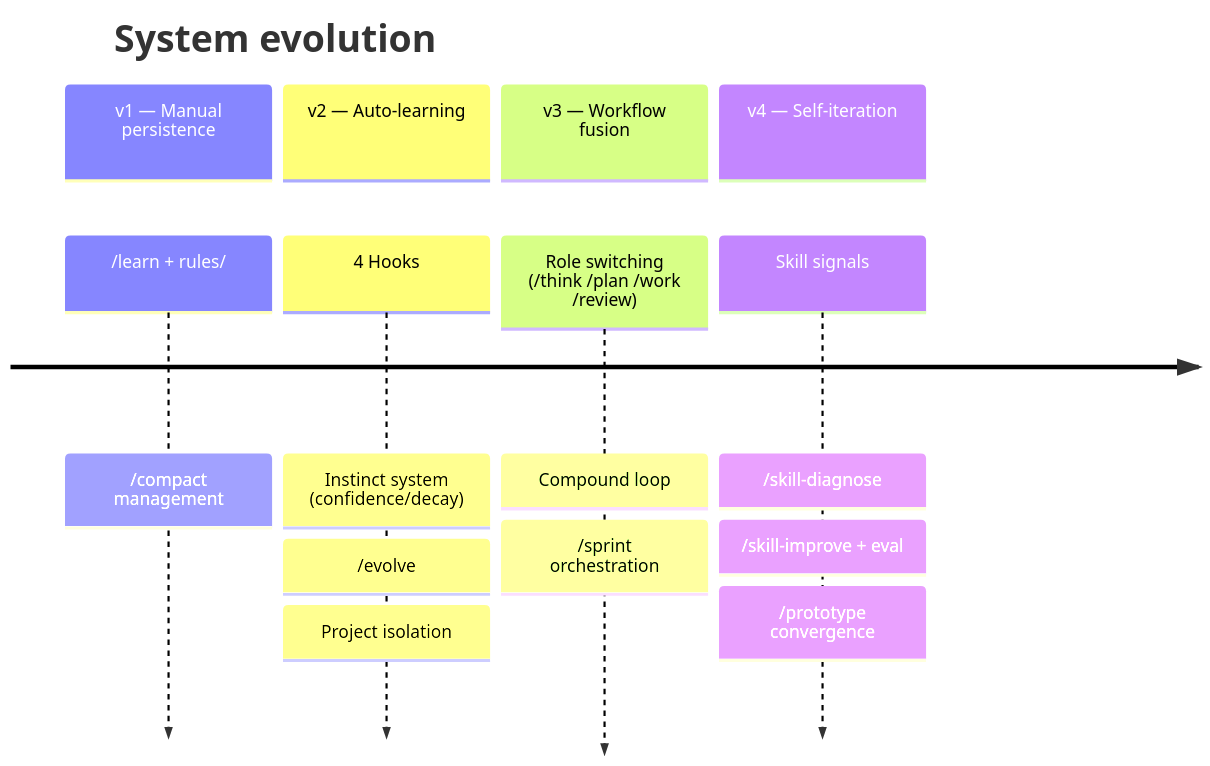
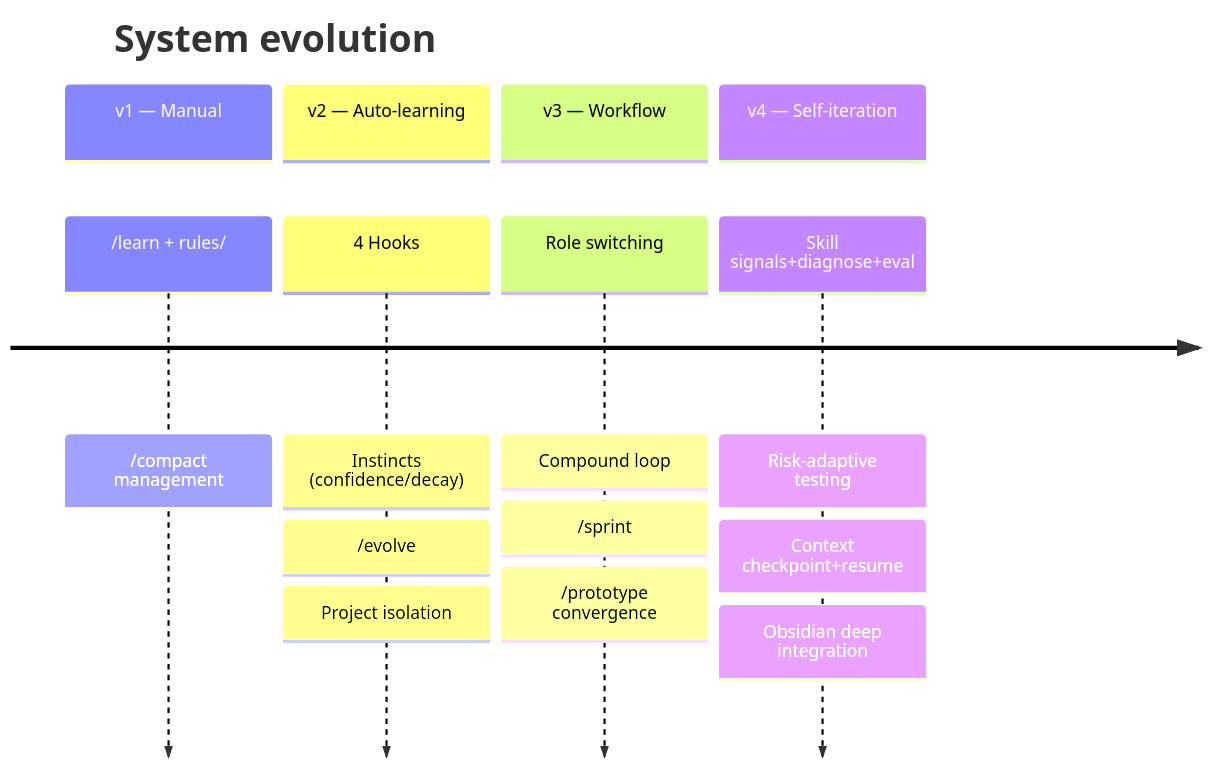
Before and after one commit to songuu/tech-persistence: the sixth of 6 diagrams in README.md, drawn with Mermaid. The commit also changed other lines of this file and 12 other files, not shown here.

First line of the commit message:
feat: 增强 Obsidian 集成与 Sprint 交接功能

````diff
--- a/README.md
+++ b/README.md
@@ -307,12 +406,12 @@
 ```mermaid
 timeline
     title System evolution
-    section v1 — Manual persistence
+    section v1 — Manual
       /learn + rules/ : /compact management
     section v2 — Auto-learning
-      4 Hooks : Instinct system (confidence/decay) : /evolve : Project isolation
-    section v3 — Workflow fusion
-      Role switching (/think /plan /work /review) : Compound loop : /sprint orchestration
+      4 Hooks : Instincts (confidence/decay) : /evolve : Project isolation
+    section v3 — Workflow
+      Role switching : Compound loop : /sprint : /prototype convergence
     section v4 — Self-iteration
-      Skill signals : /skill-diagnose : /skill-improve + eval : /prototype convergence
+      Skill signals+diagnose+eval : Risk-adaptive testing : Context checkpoint+resume : Obsidian deep integration
 ```
````
